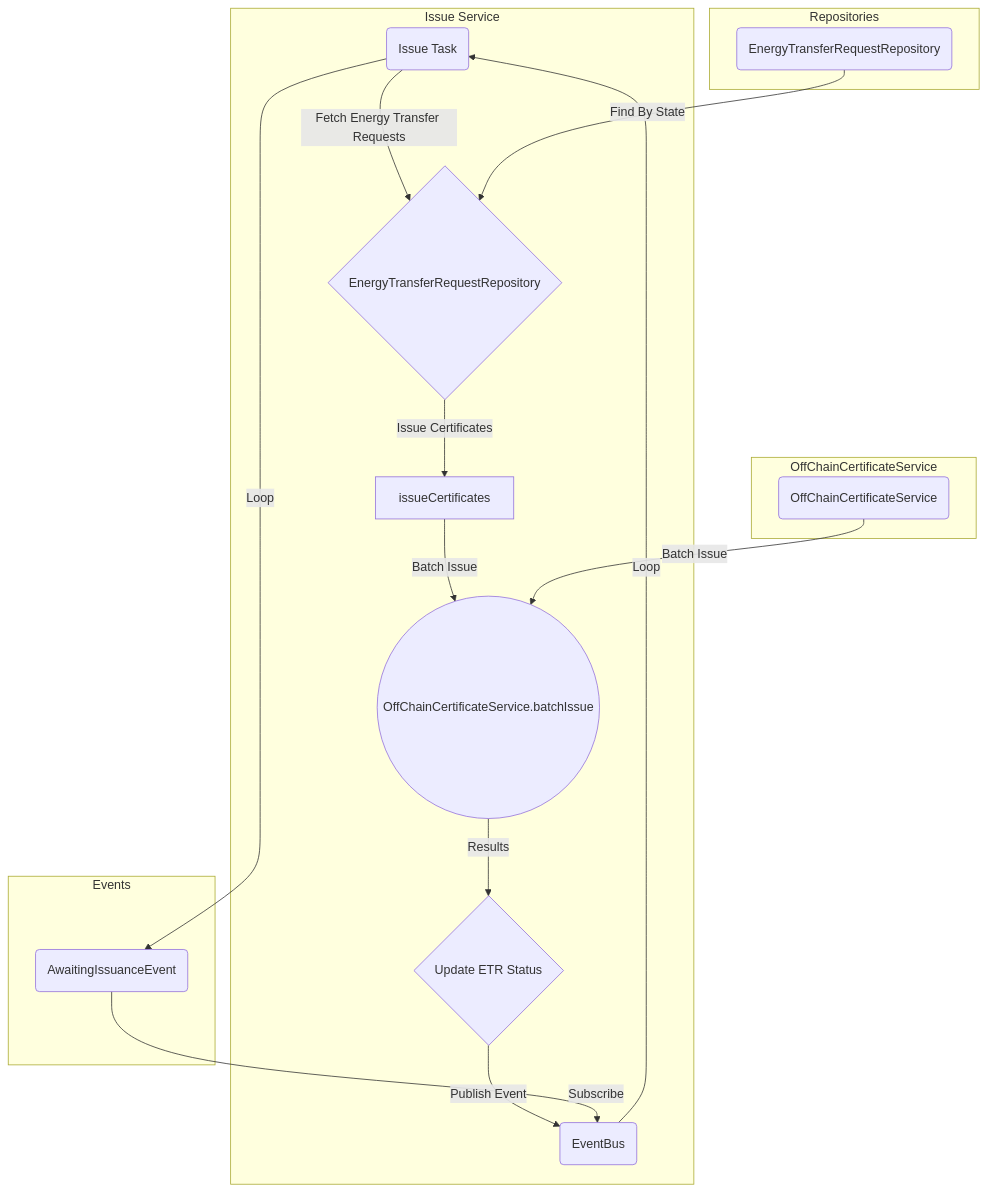
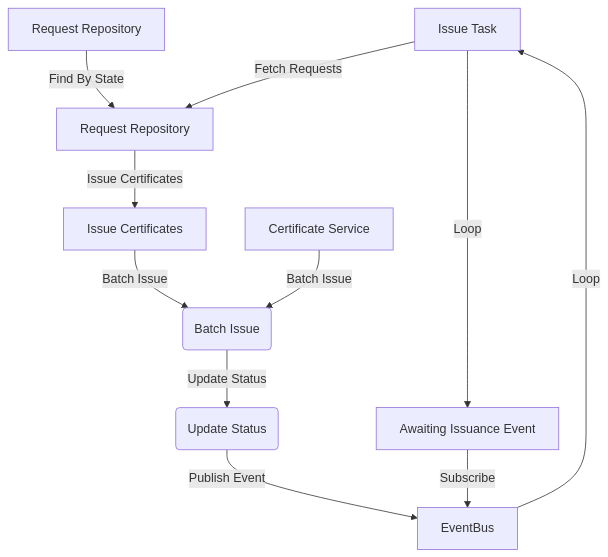
One commit to olisystems/origin-247-sdk changed the third of 4 diagrams in packages/ewf_samples/docs/ewf_samples.md. Above: the diagram before and after it, drawn with Mermaid. The commit also changed other lines of this file, not shown here.

Commit message:
docs: fix diagrams

````diff
--- a/packages/ewf_samples/docs/ewf_samples.md
+++ b/packages/ewf_samples/docs/ewf_samples.md
@@ -92,26 +78,16 @@
 ```mermaid
 flowchart TD;
 
-subgraph Issue Service
-A(Issue Task) -->|Fetch Energy Transfer Requests| B{EnergyTransferRequestRepository}
-B -->|Issue Certificates| C[issueCertificates]
-C -->|Batch Issue| D((OffChainCertificateService.batchIssue))
-D -->|Results| E{Update ETR Status}
-E -->|Publish Event| F(EventBus)
-F -->|Loop| A
-end
+A["Issue Task"] -->|Fetch Requests| B["Request Repository"]
+B -->|Issue Certificates| C["Issue Certificates"]
+C -->|Batch Issue| D("Batch Issue")
+D -->|Update Status| E("Update Status")
+E -->|Publish Event| F["EventBus"]
+F -->|Loop| A["Issue Task"]
 
-subgraph Repositories
-G(EnergyTransferRequestRepository) -->|Find By State| B
-end
+G["Request Repository"] -->|Find By State| B
+H["Certificate Service"] -->|Batch Issue| D
+I["Awaiting Issuance Event"] -->|Subscribe| F
+A -->|Loop| I
 
-subgraph OffChainCertificateService
-H(OffChainCertificateService) -->|Batch Issue| D
-end
-
-subgraph Events
-I(AwaitingIssuanceEvent) -->|Subscribe| F
-end
-
-A -->|Loop| I
 ```
````
